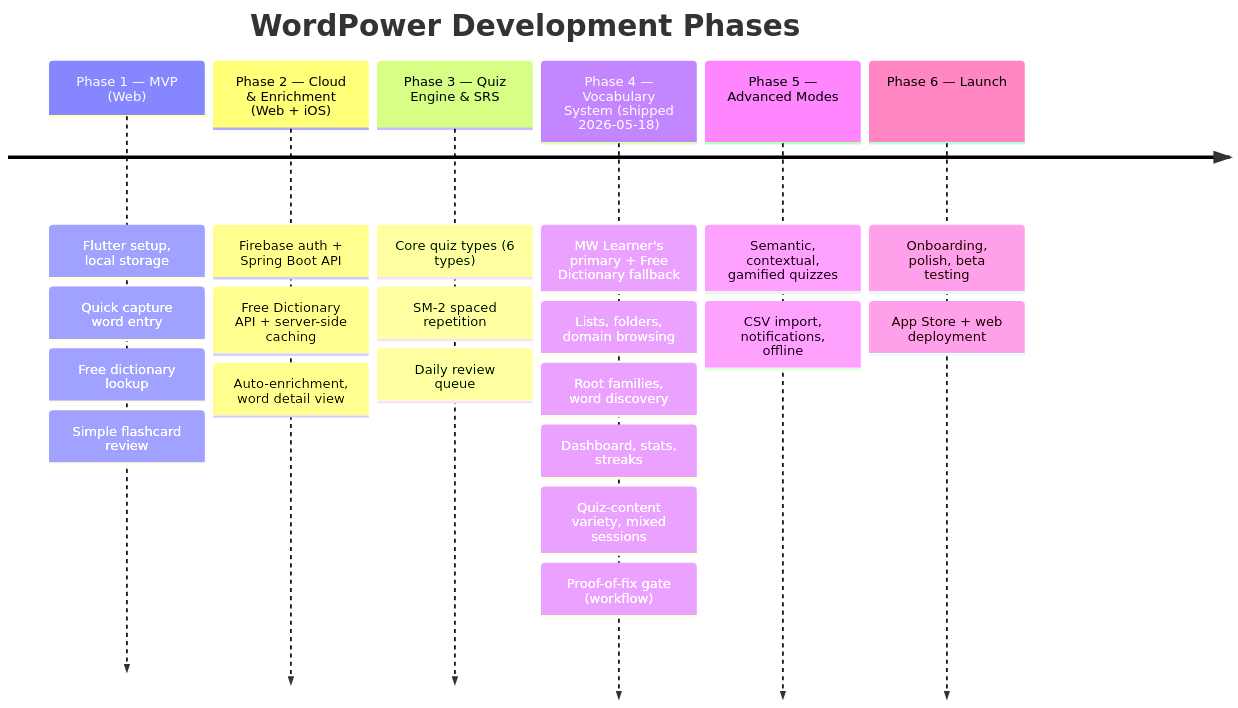
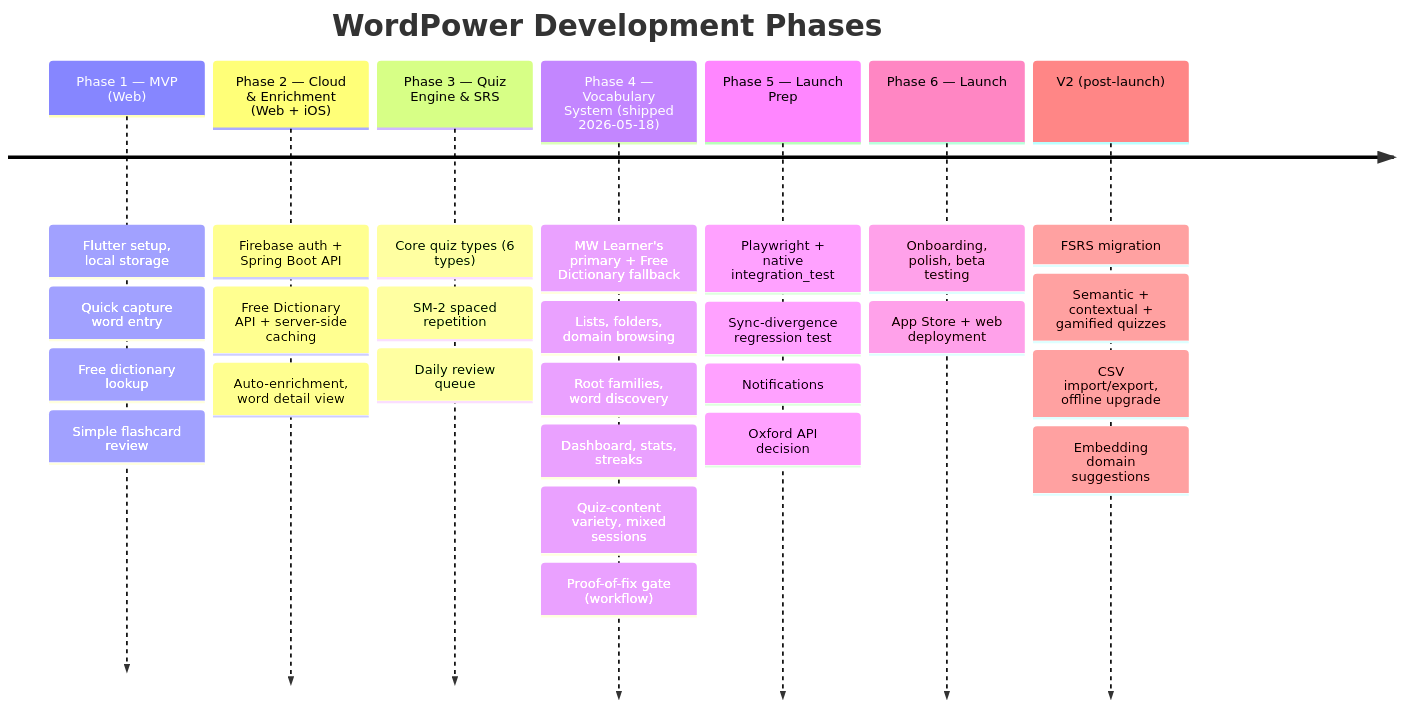
The seventh of 7 diagrams in docs/product/PROJECT.md (AnunnakiCosmoCrew/WordPower-docs), drawn with Mermaid before and after one commit. The commit also changed other lines of this file and 5 other files, not shown here.

````diff
--- a/docs/product/PROJECT.md
+++ b/docs/product/PROJECT.md
@@ -774,24 +794,30 @@
 ```mermaid
 timeline
     title WordPower Development Phases
     Phase 1 — MVP (Web) : Flutter setup, local storage
                         : Quick capture word entry
                         : Free dictionary lookup
                         : Simple flashcard review
     Phase 2 — Cloud & Enrichment (Web + iOS) : Firebase auth + Spring Boot API
                                               : Free Dictionary API + server-side caching
                                               : Auto-enrichment, word detail view
     Phase 3 — Quiz Engine & SRS : Core quiz types (6 types)
                                 : SM-2 spaced repetition
                                 : Daily review queue
     Phase 4 — Vocabulary System (shipped 2026-05-18) : MW Learner's primary + Free Dictionary fallback
                                 : Lists, folders, domain browsing
                                 : Root families, word discovery
                                 : Dashboard, stats, streaks
                                 : Quiz-content variety, mixed sessions
                                 : Proof-of-fix gate (workflow)
-    Phase 5 — Advanced Modes : Semantic, contextual, gamified quizzes
-                              : CSV import, notifications, offline
+    Phase 5 — Launch Prep : Playwright + native integration_test
+                          : Sync-divergence regression test
+                          : Notifications
+                          : Oxford API decision
     Phase 6 — Launch : Onboarding, polish, beta testing
                      : App Store + web deployment
+    V2 (post-launch) : FSRS migration
+                     : Semantic + contextual + gamified quizzes
+                     : CSV import/export, offline upgrade
+                     : Embedding domain suggestions
 ```
````
